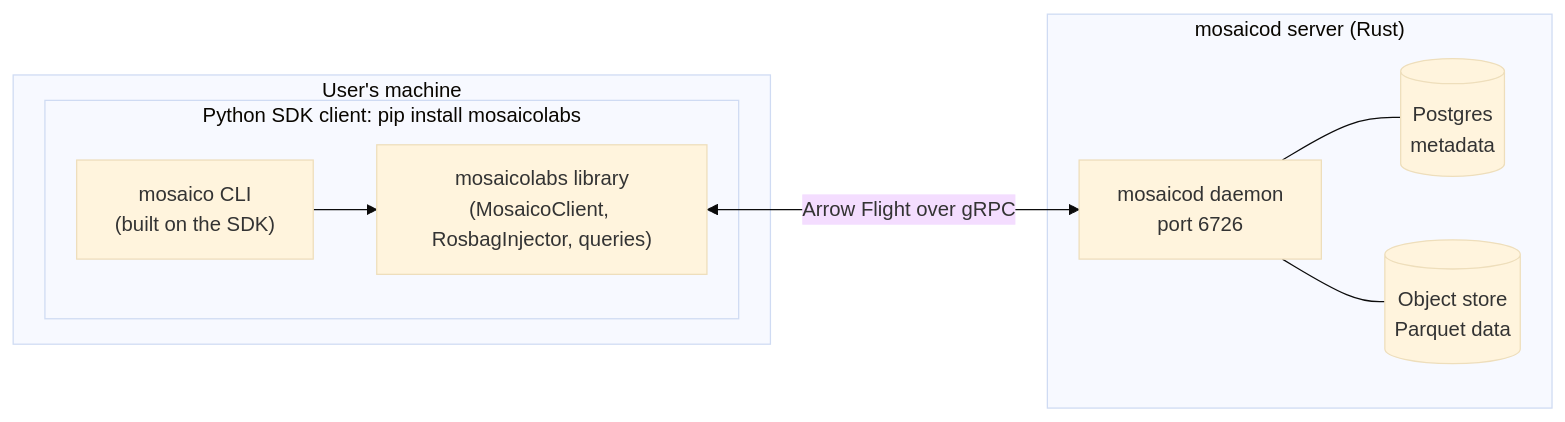
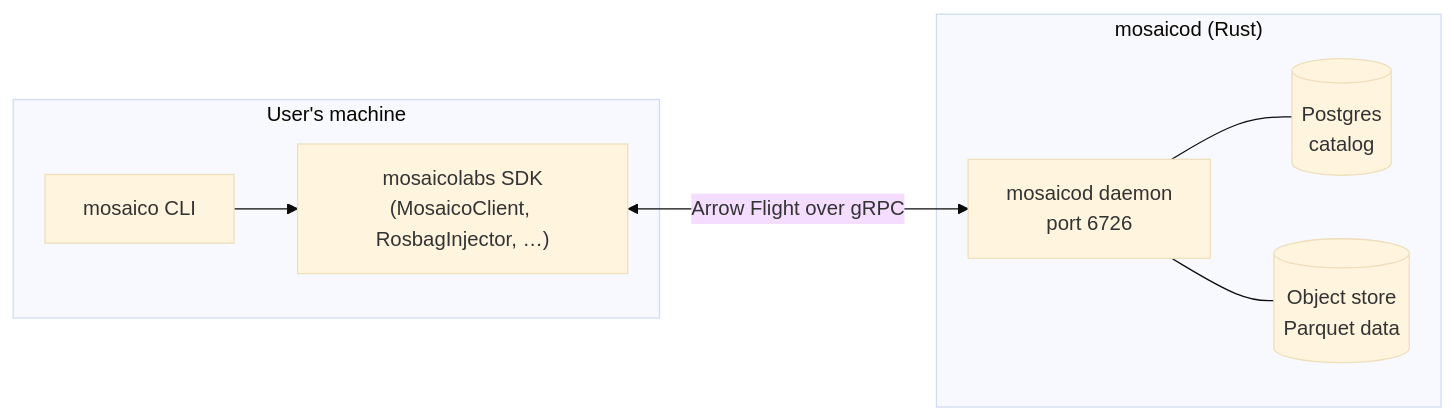
The first of 8 diagrams in mosaico-dashboard/docs/architecture.md (abhisheknannuri/mosaico), drawn with Mermaid (base theme) before and after one commit. The commit also changed other lines of this file and 43 other files, not shown here.

````diff
--- a/mosaico-dashboard/docs/architecture.md
+++ b/mosaico-dashboard/docs/architecture.md
@@ -9,20 +10,18 @@
 ```mermaid
 flowchart LR
     subgraph USER["User's machine"]
-        subgraph CLIENT["Python SDK client: pip install mosaicolabs"]
-            SDK["mosaicolabs library<br/>(MosaicoClient, RosbagInjector, queries)"]
-            CLI["mosaico CLI<br/>(built on the SDK)"]
-        end
+        SDK["mosaicolabs SDK<br/>(MosaicoClient, RosbagInjector, …)"]
+        CLI["mosaico CLI"]
+        CLI --> SDK
     end
 
-    subgraph SERVER["mosaicod server (Rust)"]
+    subgraph SERVER["mosaicod (Rust)"]
         D["mosaicod daemon<br/>port 6726"]
-        PG[("Postgres<br/>metadata")]
+        PG[("Postgres<br/>catalog")]
         S3[("Object store<br/>Parquet data")]
         D --- PG
         D --- S3
     end
 
-    CLI --> SDK
     SDK <-->|"Arrow Flight over gRPC"| D
 ```
````
